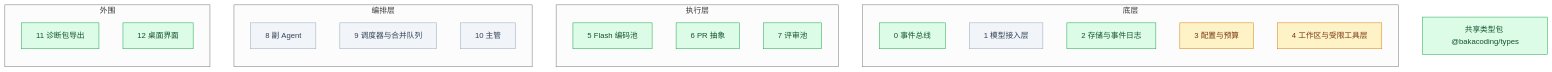
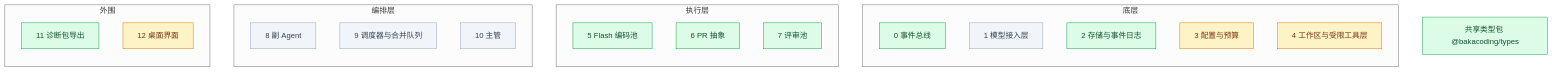
The diagram in docs/progress.md (Akarin7784/BakaCoding), drawn with Mermaid (neutral theme) before and after one commit. The commit also changed other lines of this file and 3 other files, not shown here.

````diff
--- a/docs/progress.md
+++ b/docs/progress.md
@@ -11,33 +11,33 @@
 ```mermaid
 flowchart BT
   subgraph 底层
     M0[0 事件总线]
     M1[1 模型接入层]
     M2[2 存储与事件日志]
     M3[3 配置与预算]
     M4[4 工作区与受限工具层]
   end
   subgraph 执行层
     M5[5 Flash 编码池]
     M6[6 PR 抽象]
     M7[7 评审池]
   end
   subgraph 编排层
     M8[8 副 Agent]
     M9[9 调度器与合并队列]
     M10[10 主管]
   end
   subgraph 外围
     M11[11 诊断包导出]
     M12[12 桌面界面]
   end
   T[共享类型包 @bakacoding/types]
 
   classDef todo fill:#f1f5f9,stroke:#94a3b8,color:#334155
   classDef doing fill:#fef3c7,stroke:#d97706,color:#78350f
   classDef done fill:#dcfce7,stroke:#16a34a,color:#14532d
 
-  class M0,M2,M5,M6,M7,M11,M12,T done
-  class M3,M4 doing
+  class M0,M2,M5,M6,M7,M11,T done
+  class M3,M4,M12 doing
   class M1,M8,M9,M10 todo
 ```
````
